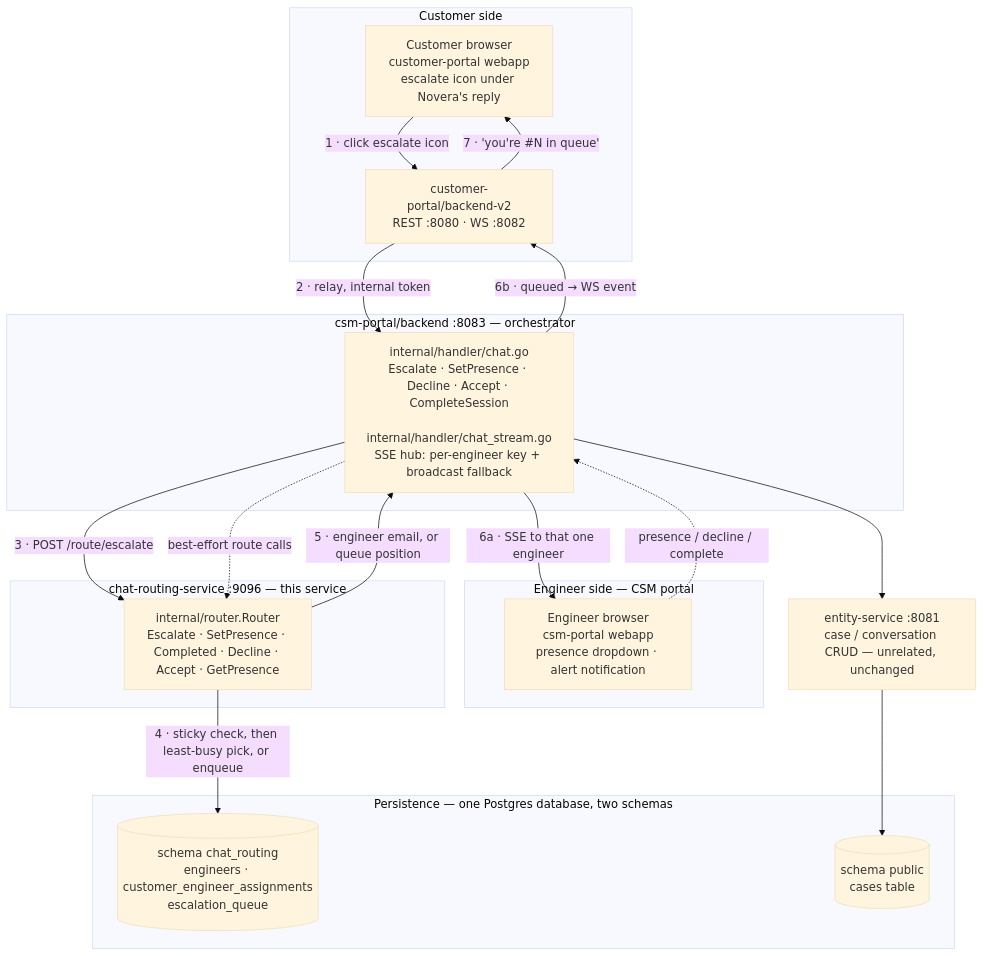
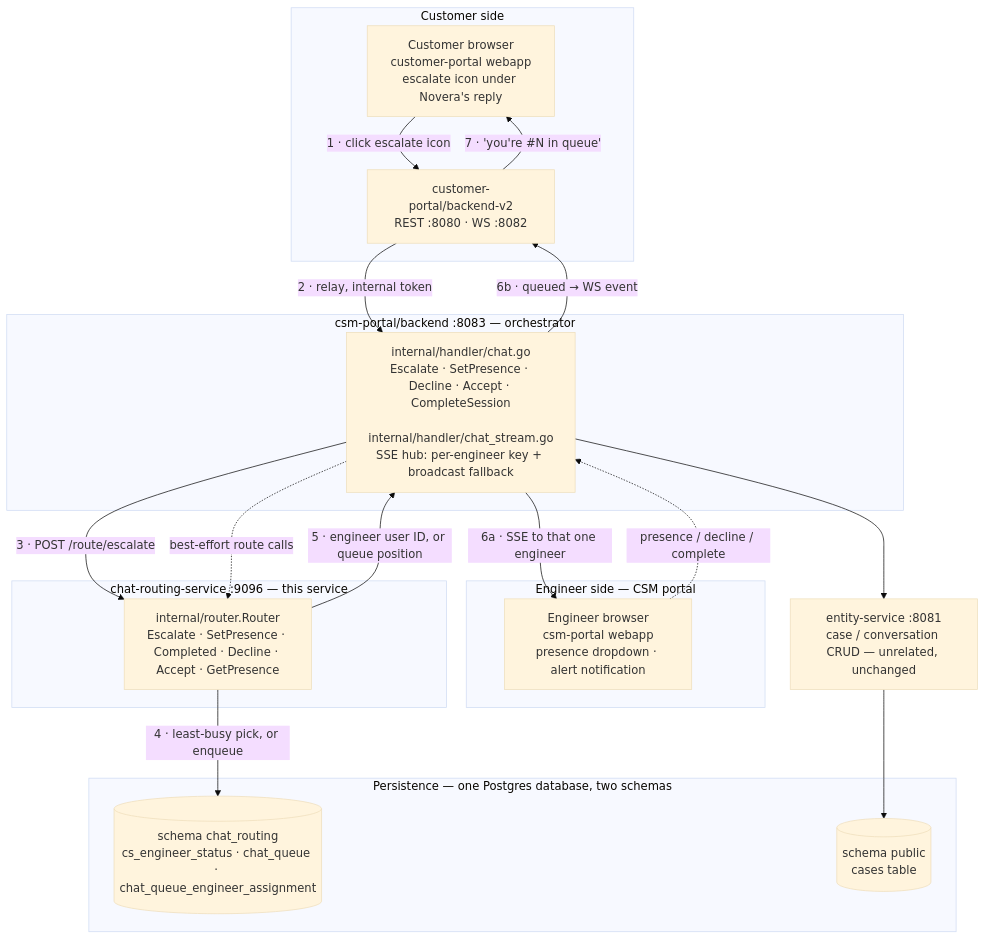
One commit to SeyedRumaiz/wso2-real-time-chat-framework changed the diagram in apps/chat-routing-service/backend/README.md. Above: the diagram before and after it, drawn with Mermaid (base theme). The commit also changed other lines of this file and 2 other files, not shown here.

Commit message:
[Chat Routing Service] Update chat routing API

````diff
--- a/apps/chat-routing-service/backend/README.md
+++ b/apps/chat-routing-service/backend/README.md
@@ -24,39 +27,39 @@
 ```mermaid
 flowchart TB
     subgraph CUST["Customer side"]
         A["Customer browser<br/>customer-portal webapp<br/>escalate icon under Novera's reply"]
         C["customer-portal/backend-v2<br/>REST :8080 · WS :8082"]
     end
 
     subgraph ENGS["Engineer side — CSM portal"]
         B["Engineer browser<br/>csm-portal webapp<br/>presence dropdown · alert notification"]
     end
 
     subgraph CSM["csm-portal/backend :8083 — orchestrator"]
         D["internal/handler/chat.go<br/>Escalate · SetPresence · Decline · Accept · CompleteSession<br/><br/>internal/handler/chat_stream.go<br/>SSE hub: per-engineer key + broadcast fallback"]
     end
 
     subgraph ROUTE["chat-routing-service :9096 — this service"]
         F["internal/router.Router<br/>Escalate · SetPresence · Completed · Decline · Accept · GetPresence"]
     end
 
     subgraph PG["Persistence — one Postgres database, two schemas"]
-        G[("schema chat_routing<br/>engineers · customer_engineer_assignments<br/>escalation_queue")]
+        G[("schema chat_routing<br/>cs_engineer_status · chat_queue · chat_queue_engineer_assignment")]
         I[("schema public<br/>cases table")]
     end
 
     H["entity-service :8081<br/>case / conversation CRUD — unrelated, unchanged"]
 
     A -->|"1 · click escalate icon"| C
     C -->|"2 · relay, internal token"| D
     D -->|"3 · POST /route/escalate"| F
-    F -->|"4 · sticky check, then least-busy pick, or enqueue"| G
-    F -->|"5 · engineer email, or queue position"| D
+    F -->|"4 · least-busy pick, or enqueue"| G
+    F -->|"5 · engineer user ID, or queue position"| D
     D -->|"6a · SSE to that one engineer"| B
     D -->|"6b · queued → WS event"| C
     C -->|"7 · 'you're #N in queue'"| A
     B -.->|"presence / decline / complete"| D
     D -.->|"best-effort route calls"| F
     D --> H
     H --> I
 ```
````
